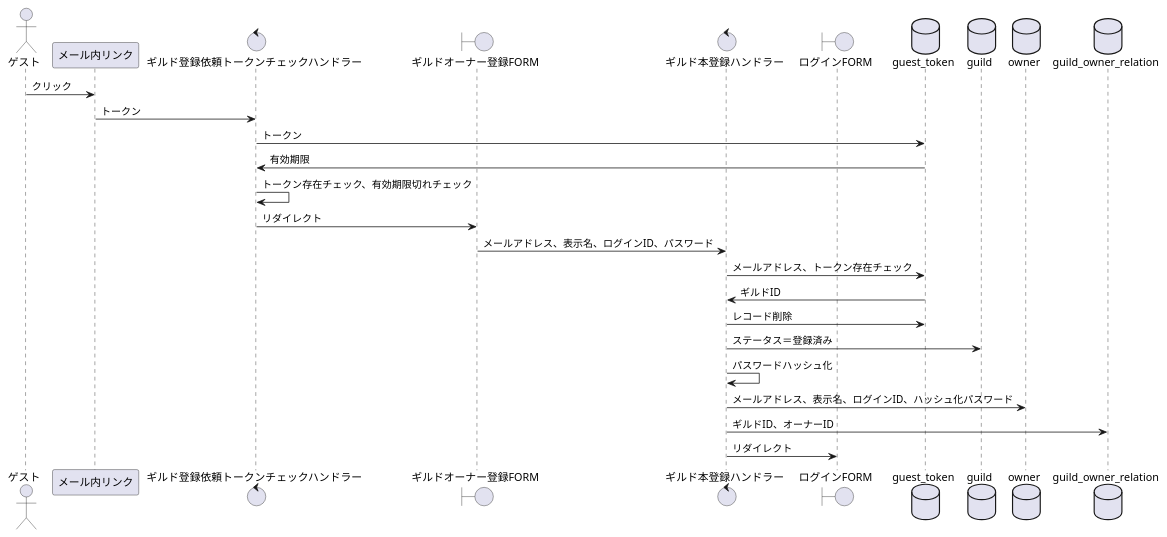
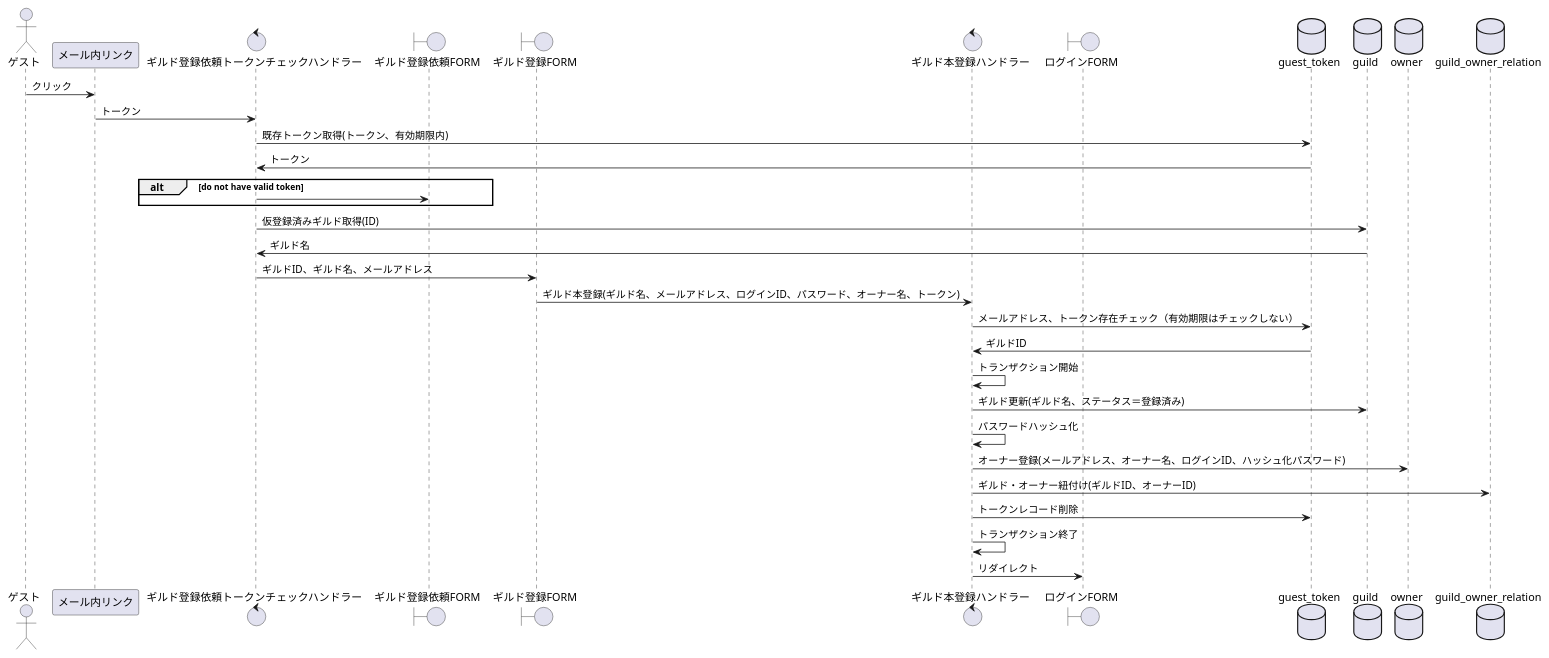
The diagram in design/sequence/002_ギルドを本登録する.puml (sky0621/familiagildo), drawn with PlantUML before and after one commit. The commit also changed 1 other file, not shown here.

```diff
--- a/design/sequence/002_ギルドを本登録する.puml
+++ b/design/sequence/002_ギルドを本登録する.puml
@@ -1,30 +1,38 @@
 @startuml
 
 actor ゲスト as guest
 participant メール内リンク as mail
 control ギルド登録依頼トークンチェックハンドラー as handler
-boundary ギルドオーナー登録FORM as form
+boundary ギルド登録依頼FORM as form3
+boundary ギルド登録FORM as form
 control ギルド本登録ハンドラー as handler2
 boundary ログインFORM as form2
 database guest_token
 database guild
 database owner
 database guild_owner_relation as rel
 
 guest -> mail:クリック
 mail -> handler:トークン
-handler -> guest_token:トークン
-guest_token -> handler:有効期限
-handler -> handler:トークン存在チェック、有効期限切れチェック
-handler -> form:リダイレクト
-form -> handler2:メールアドレス、表示名、ログインID、パスワード
-handler2 -> guest_token:メールアドレス、トークン存在チェック
+handler -> guest_token:既存トークン取得(トークン、有効期限内)
+guest_token -> handler:トークン
+alt do not have valid token
+handler -> form3:
+end
+handler -> guild:仮登録済みギルド取得(ID)
+guild -> handler:ギルド名
+handler -> form:ギルドID、ギルド名、メールアドレス
+
+form -> handler2:ギルド本登録(ギルド名、メールアドレス、ログインID、パスワード、オーナー名、トークン)
+handler2 -> guest_token:メールアドレス、トークン存在チェック（有効期限はチェックしない）
 guest_token -> handler2:ギルドID
-handler2 -> guest_token:レコード削除
-handler2 -> guild:ステータス＝登録済み
+handler2 -> handler2:トランザクション開始
+handler2 -> guild:ギルド更新(ギルド名、ステータス＝登録済み)
 handler2 -> handler2:パスワードハッシュ化
-handler2 -> owner:メールアドレス、表示名、ログインID、ハッシュ化パスワード
-handler2 -> rel:ギルドID、オーナーID
+handler2 -> owner:オーナー登録(メールアドレス、オーナー名、ログインID、ハッシュ化パスワード)
+handler2 -> rel:ギルド・オーナー紐付け(ギルドID、オーナーID)
+handler2 -> guest_token:トークンレコード削除
+handler2 -> handler2:トランザクション終了
 handler2 -> form2:リダイレクト
 
 @enduml
```
